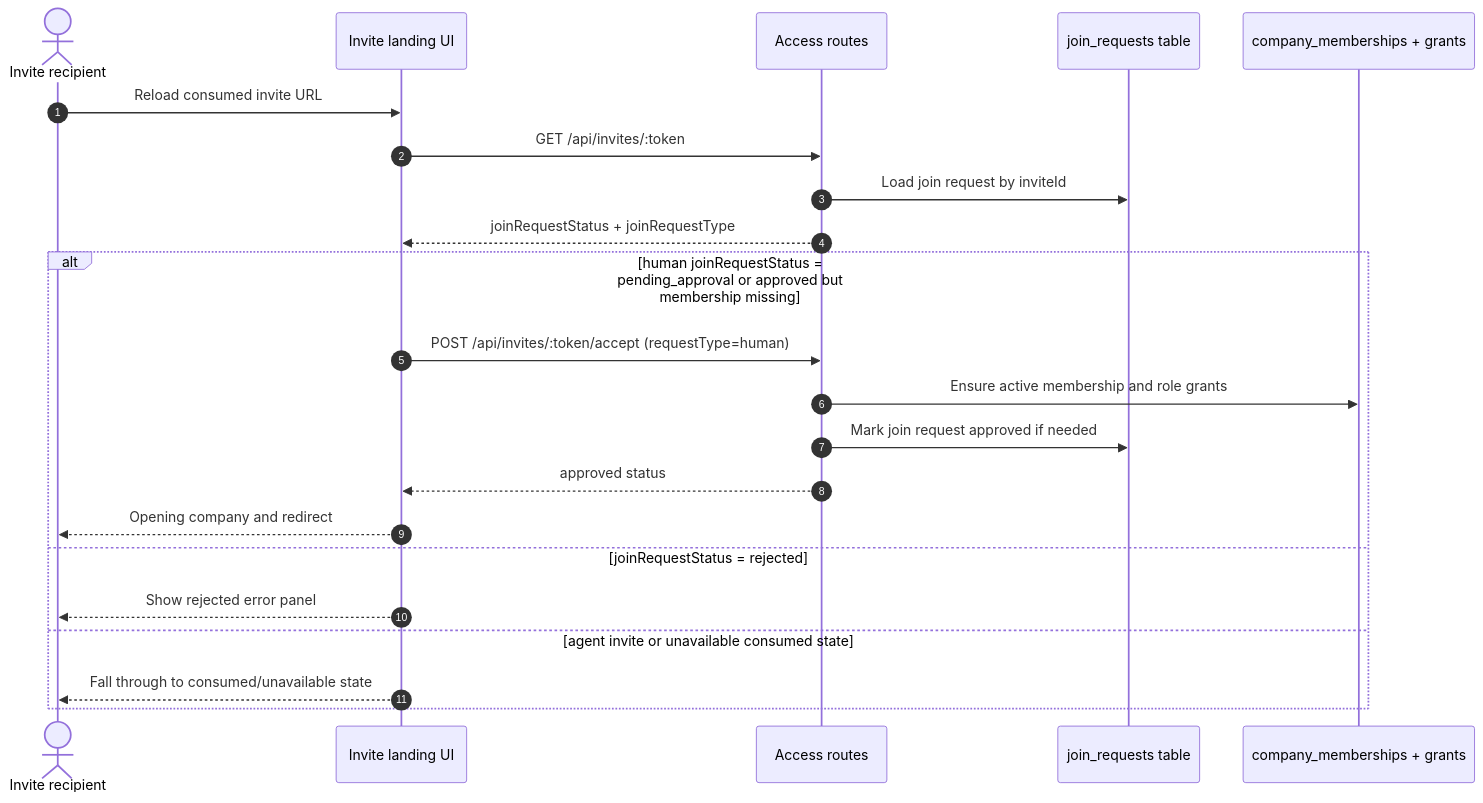
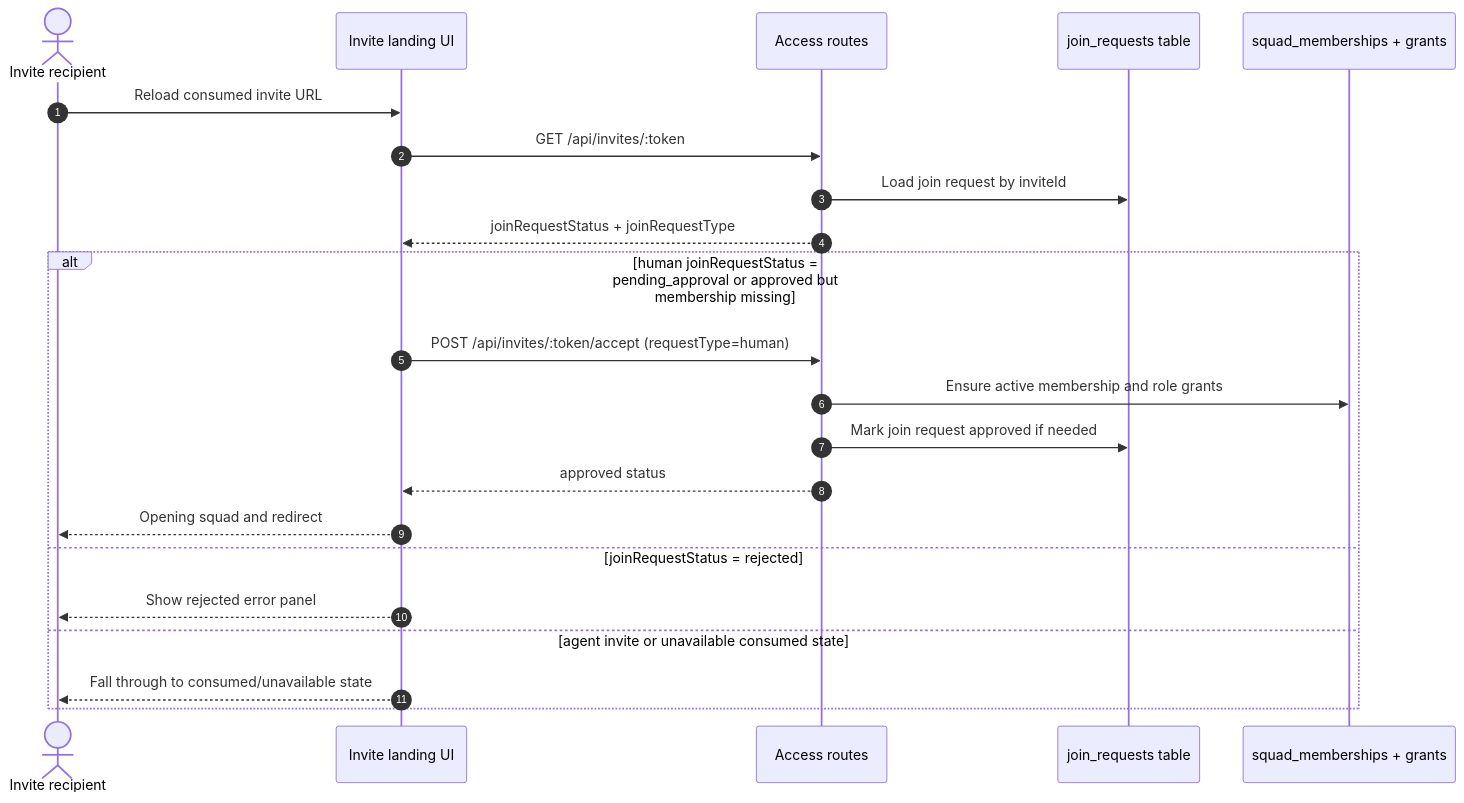
Before and after one commit to slaw-ai/slaw: the fifth of 6 diagrams in doc/spec/invite-flow.md, drawn with Mermaid. The commit also changed other lines of this file and 1414 other files, not shown here.

First line of the commit message:
feat: Squad model — rename Company->Squad, CEO->Squad Lead everywhere

````diff
--- a/doc/spec/invite-flow.md
+++ b/doc/spec/invite-flow.md
@@ -210,26 +210,26 @@
 ```mermaid
 sequenceDiagram
   autonumber
   actor Invitee as Invite recipient
   participant Landing as Invite landing UI
   participant API as Access routes
   participant Join as join_requests table
-  participant Membership as company_memberships + grants
+  participant Membership as squad_memberships + grants
 
   Invitee->>Landing: Reload consumed invite URL
   Landing->>API: GET /api/invites/:token
   API->>Join: Load join request by inviteId
   API-->>Landing: joinRequestStatus + joinRequestType
 
   alt human joinRequestStatus = pending_approval or approved but membership missing
     Landing->>API: POST /api/invites/:token/accept (requestType=human)
     API->>Membership: Ensure active membership and role grants
     API->>Join: Mark join request approved if needed
     API-->>Landing: approved status
-    Landing-->>Invitee: Opening company and redirect
+    Landing-->>Invitee: Opening squad and redirect
   else joinRequestStatus = rejected
     Landing-->>Invitee: Show rejected error panel
   else agent invite or unavailable consumed state
     Landing-->>Invitee: Fall through to consumed/unavailable state
   end
 ```
````
